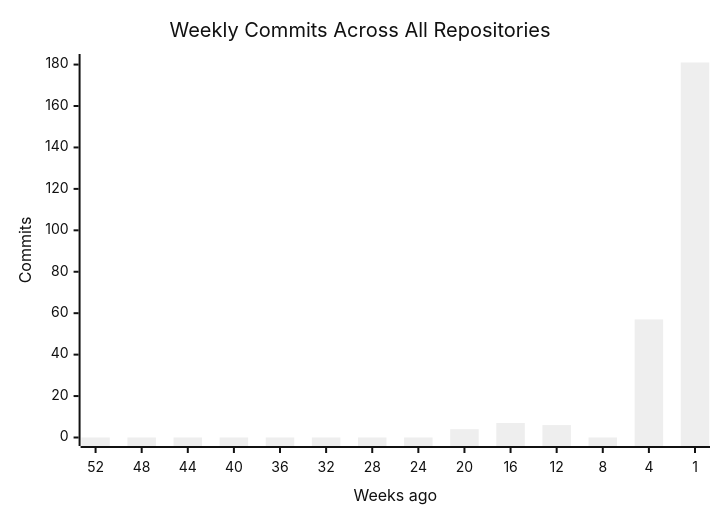
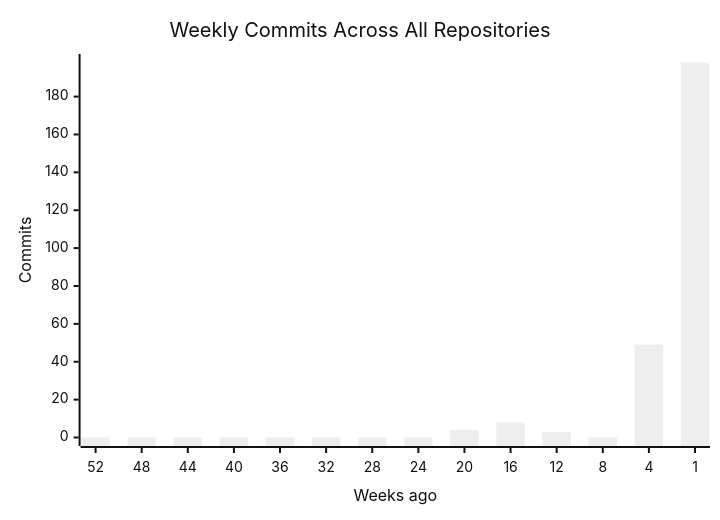
Before and after one commit to CSTH-Projects/.github: the first of 4 diagrams in profile/README.md, drawn with Mermaid (neutral theme). The commit also changed other lines of this file, not shown here.

````diff
--- a/profile/README.md
+++ b/profile/README.md
@@ -16,7 +16,7 @@
 ```mermaid
 xychart-beta
     title "Weekly Commits Across All Repositories"
     x-axis "Weeks ago" [52, 48, 44, 40, 36, 32, 28, 24, 20, 16, 12, 8, 4, 1]
     y-axis "Commits"
-    bar [0, 0, 0, 0, 0, 0, 0, 0, 4, 7, 6, 0, 57, 181]
+    bar [0, 0, 0, 0, 0, 0, 0, 0, 4, 8, 3, 0, 49, 198]
 ```
````
